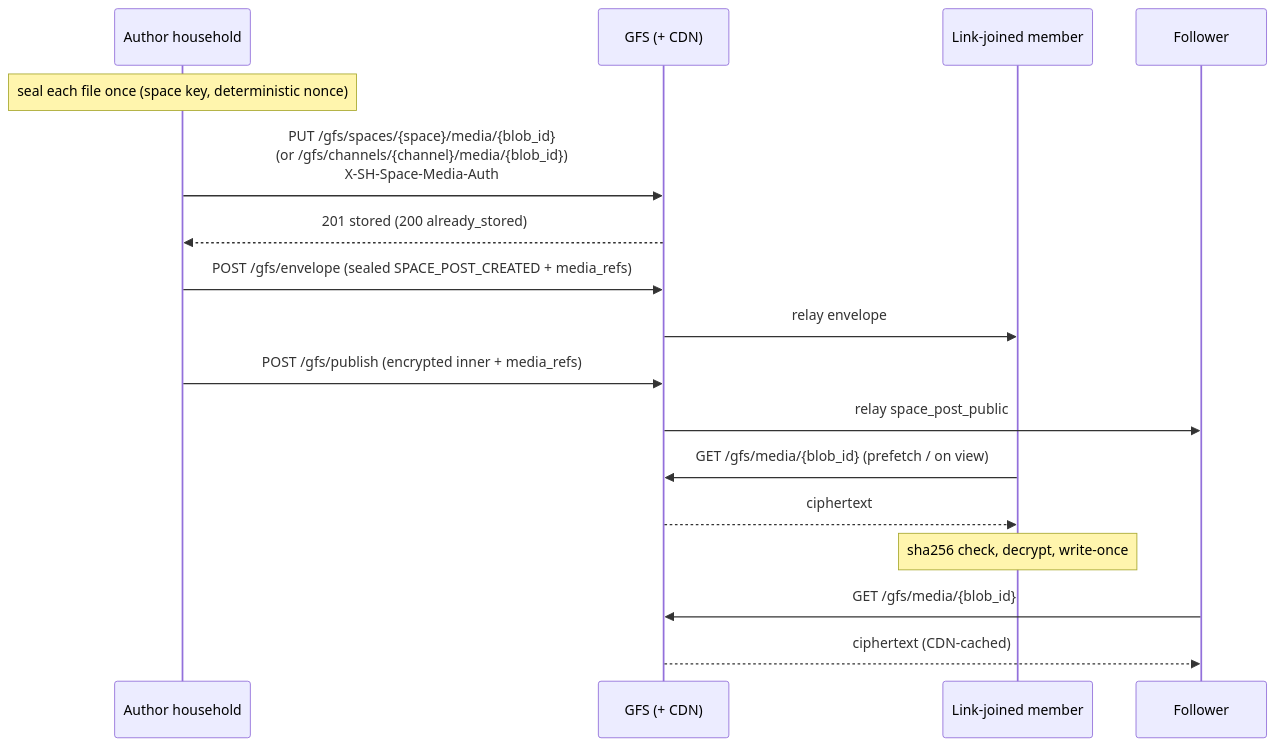
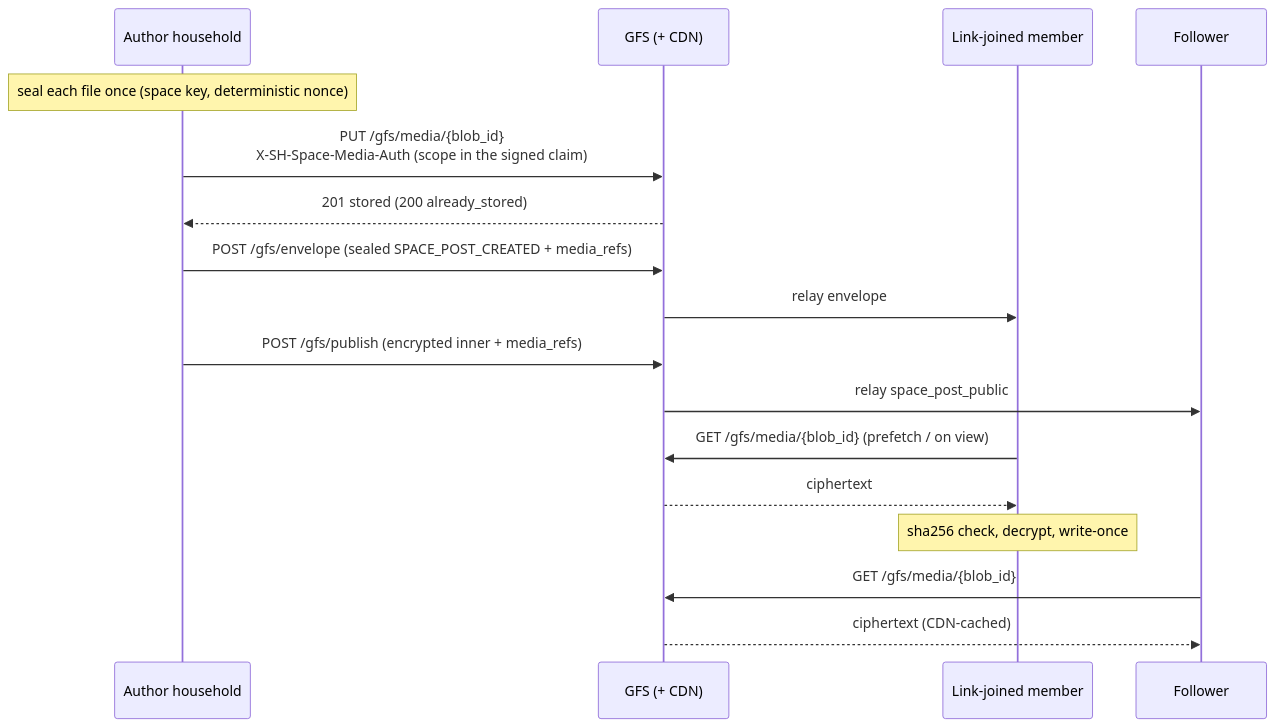
One commit to social-home-io/socialhome changed the second of 2 diagrams in docs/protocol/media.md. Above: the diagram before and after it, drawn with Mermaid. The commit also changed other lines of this file and 18 other files, not shown here.

First line of the commit message:
Space media: scope-bound addresses and the one scope-free GFS path

````diff
--- a/docs/protocol/media.md
+++ b/docs/protocol/media.md
@@ -318,19 +336,19 @@
 ```mermaid
 sequenceDiagram
     participant A as Author household
     participant G as GFS (+ CDN)
     participant E as Link-joined member
     participant F as Follower
     Note over A: seal each file once (space key, deterministic nonce)
-    A->>G: PUT /gfs/spaces/{space}/media/{blob_id}<br/>(or /gfs/channels/{channel}/media/{blob_id})<br/>X-SH-Space-Media-Auth
+    A->>G: PUT /gfs/media/{blob_id}<br/>X-SH-Space-Media-Auth (scope in the signed claim)
     G-->>A: 201 stored (200 already_stored)
     A->>G: POST /gfs/envelope (sealed SPACE_POST_CREATED + media_refs)
     G->>E: relay envelope
     A->>G: POST /gfs/publish (encrypted inner + media_refs)
     G->>F: relay space_post_public
     E->>G: GET /gfs/media/{blob_id} (prefetch / on view)
     G-->>E: ciphertext
     Note over E: sha256 check, decrypt, write-once
     F->>G: GET /gfs/media/{blob_id}
     G-->>F: ciphertext (CDN-cached)
 ```
````
